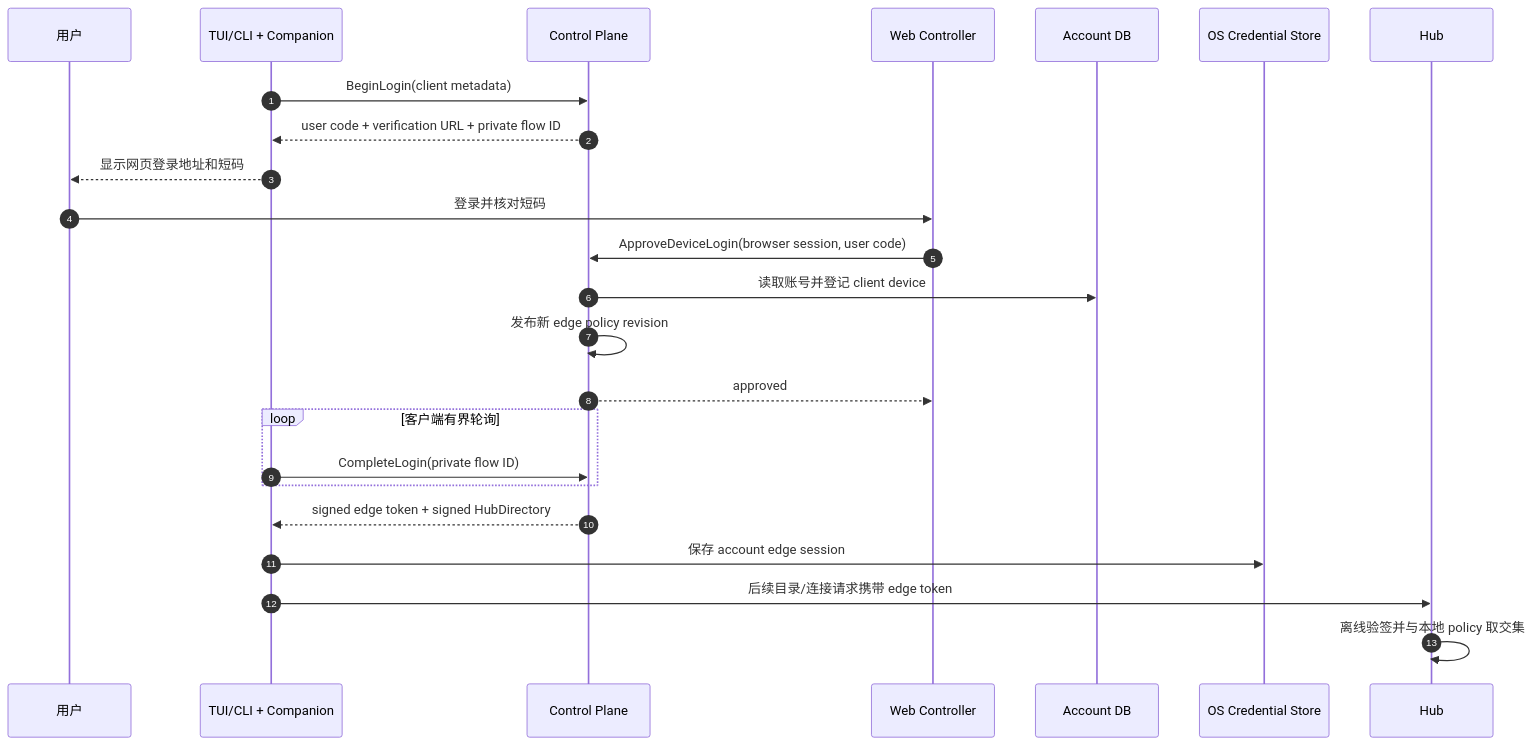
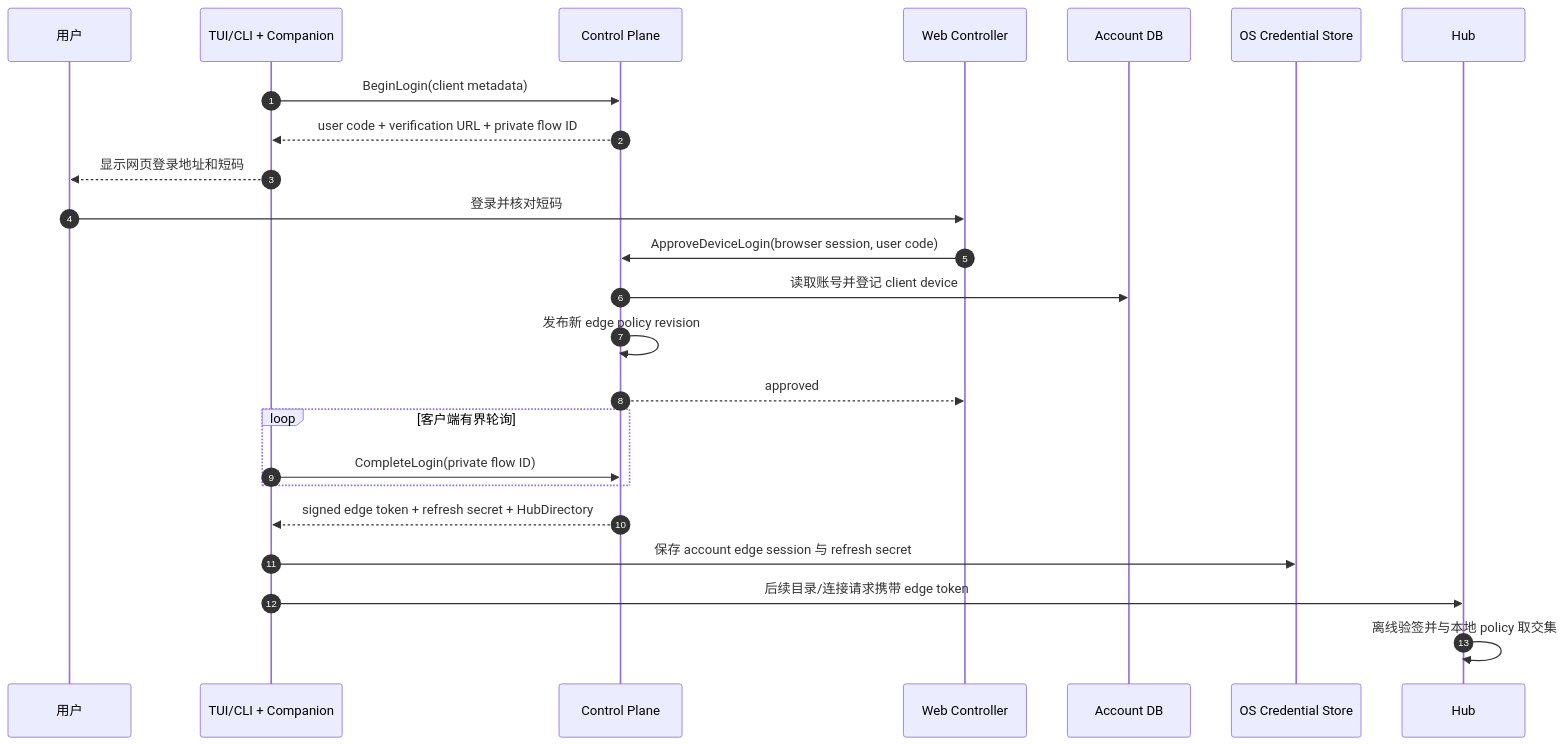
One commit to lozzo/termx changed the first of 10 diagrams in docs/remote-platform/cloud-end-to-end-swimlanes.md. Above: the diagram before and after it, drawn with Mermaid. The commit also changed other lines of this file and 65 other files, not shown here.

````diff
--- a/docs/remote-platform/cloud-end-to-end-swimlanes.md
+++ b/docs/remote-platform/cloud-end-to-end-swimlanes.md
@@ -50,27 +50,27 @@
 ```mermaid
 sequenceDiagram
     autonumber
     participant U as 用户
     participant C as TUI/CLI + Companion
     participant CP as Control Plane
     participant W as Web Controller
     participant DB as Account DB
     participant S as OS Credential Store
     participant H as Hub
 
     C->>CP: BeginLogin(client metadata)
     CP-->>C: user code + verification URL + private flow ID
     C-->>U: 显示网页登录地址和短码
     U->>W: 登录并核对短码
     W->>CP: ApproveDeviceLogin(browser session, user code)
     CP->>DB: 读取账号并登记 client device
     CP->>CP: 发布新 edge policy revision
     CP-->>W: approved
     loop 客户端有界轮询
         C->>CP: CompleteLogin(private flow ID)
     end
-    CP-->>C: signed edge token + signed HubDirectory
-    C->>S: 保存 account edge session
+    CP-->>C: signed edge token + refresh secret + HubDirectory
+    C->>S: 保存 account edge session 与 refresh secret
     C->>H: 后续目录/连接请求携带 edge token
     H->>H: 离线验签并与本地 policy 取交集
 ```
````
